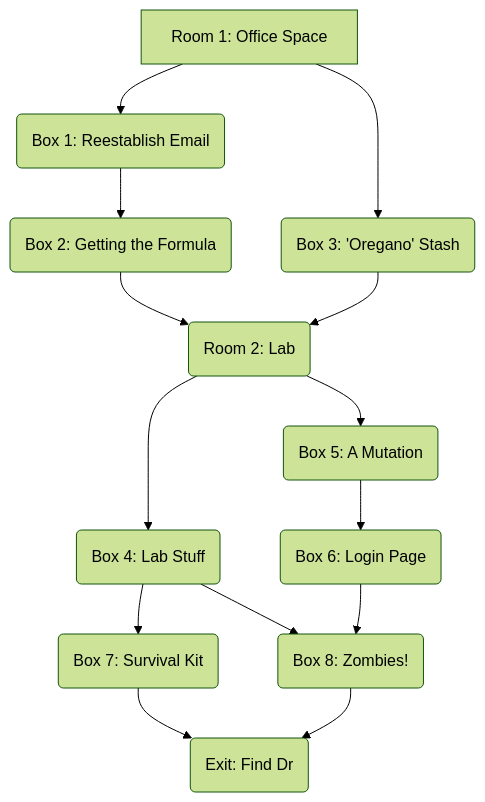
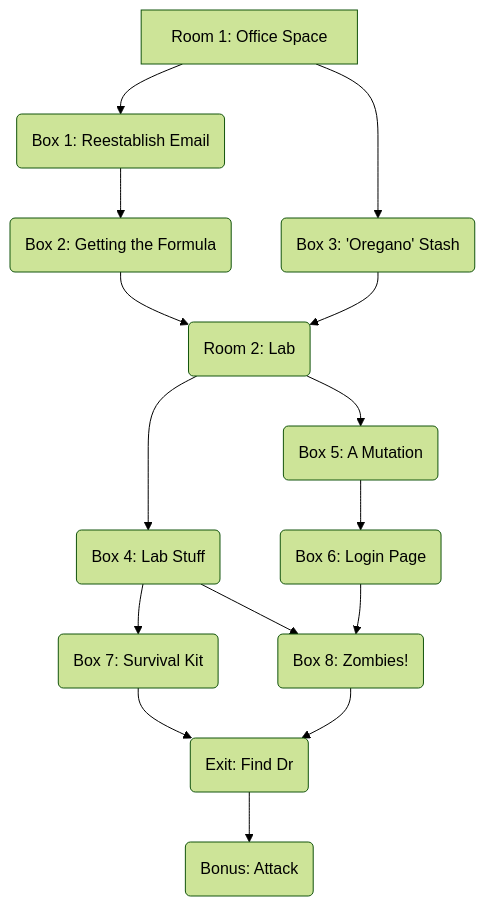
The diagram in content/rooms/virus/index.md (open-sesame-escape/open-sesame-escape.github.io), drawn with Mermaid (forest theme) before and after one commit. The commit also changed other lines of this file, not shown here.

Commit message:
Add bonus to virus room

```diff
--- a/content/rooms/virus/index.md
+++ b/content/rooms/virus/index.md
@@ -365,14 +386,15 @@
 {{< mermaid align="center" >}}
 graph TB;
   R1[Room 1: Office Space] --> B1 & B3
   B1(Box 1: Reestablish Email) --> B2
   B2(Box 2: Getting the Formula) --> R2
   B3(Box 3: 'Oregano' Stash) --> R2
   R2(Room 2: Lab) --> B4 & B5
   B4(Box 4: Lab Stuff) --> B7 & B8
   B5(Box 5: A Mutation) --> B6
   B6(Box 6: Login Page) --> B8
   B7(Box 7: Survival Kit) --> E
   B8(Box 8: Zombies!) --> E
-  E(Exit: Find Dr)
+  E(Exit: Find Dr) --> Bonus
+  Bonus(Bonus: Attack)
 {{< /mermaid >}}
```
